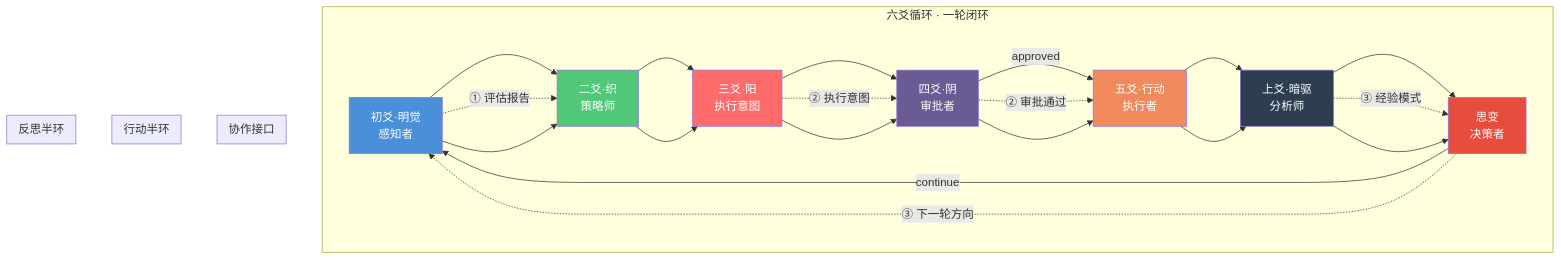
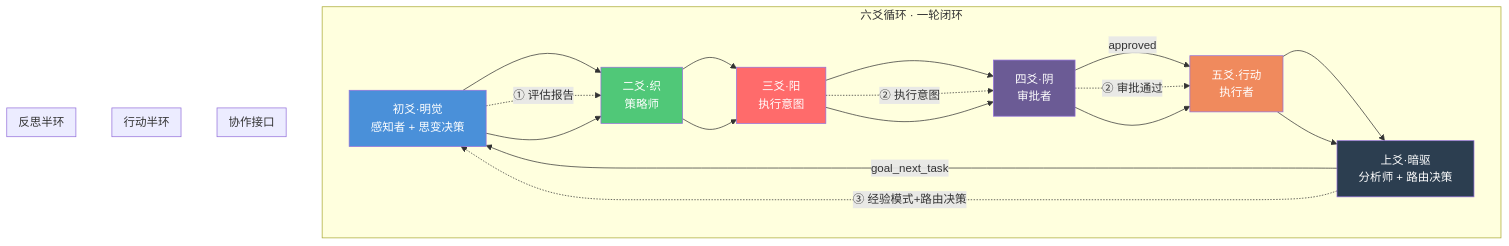
The diagram in docs/基础篇-02-六爻详解-明觉织阳阴行动暗驱思变.md (wenge6090-cell/Taiji), drawn with Mermaid before and after one commit. The commit also changed other lines of this file and 163 other files, not shown here.

````diff
--- a/docs/基础篇-02-六爻详解-明觉织阳阴行动暗驱思变.md
+++ b/docs/基础篇-02-六爻详解-明觉织阳阴行动暗驱思变.md
@@ -364,36 +373,33 @@
 ```mermaid
 graph TB
     subgraph "六爻循环 · 一轮闭环"
-        M[初爻·明觉<br/>感知者] --> W[二爻·织<br/>策略师]
+        M[初爻·明觉<br/>感知者 + 思变决策] --> W[二爻·织<br/>策略师]
         W --> Y[三爻·阳<br/>执行意图]
         Y --> I[四爻·阴<br/>审批者]
         I -->|approved| E[五爻·行动<br/>执行者]
-        E --> A[上爻·暗驱<br/>分析师]
-        A --> S[思变<br/>决策者]
-        S -->|continue| M
+        E --> A[上爻·暗驱<br/>分析师 + 路由决策]
+        A -->|goal_next_task| M
     end
 
     subgraph "协作接口"
         M -.->|"① 评估报告"| W
         Y -.->|"② 执行意图"| I
         I -.->|"② 审批通过"| E
-        A -.->|"③ 经验模式"| S
-        S -.->|"③ 下一轮方向"| M
+        A -.->|"③ 经验模式+路由决策"| M
     end
 
     subgraph "行动半环"
         M --> W --> Y --> I --> E
     end
 
     subgraph "反思半环"
-        E --> A --> S
+        E --> A
     end
 
     style M fill:#4a90d9,color:#fff
     style W fill:#50c878,color:#fff
     style Y fill:#ff6b6b,color:#fff
     style I fill:#6b5b95,color:#fff
     style E fill:#f08a5d,color:#fff
     style A fill:#2c3e50,color:#fff
-    style S fill:#e74c3c,color:#fff
 ```
````
